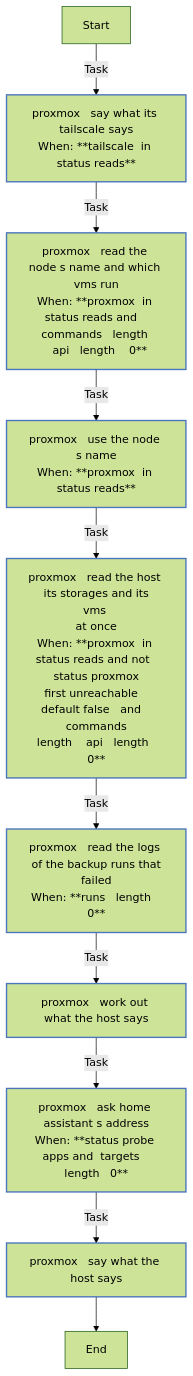
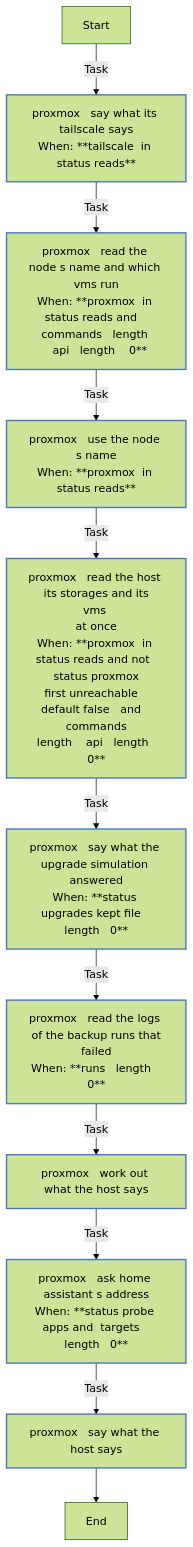
The third of 4 diagrams in roles/status/REFERENCE.md (kawadeomkar/homeserver), drawn with Mermaid (forest theme) before and after one commit. The commit also changed other lines of this file and 15 other files, not shown here.

````diff
--- a/roles/status/REFERENCE.md
+++ b/roles/status/REFERENCE.md
@@ -789,22 +827,23 @@
 ```mermaid
 flowchart TD
 Start
 classDef block stroke:#3498db,stroke-width:2px;
 classDef task stroke:#4b76bb,stroke-width:2px;
 classDef includeTasks stroke:#16a085,stroke-width:2px;
 classDef importTasks stroke:#34495e,stroke-width:2px;
 classDef includeRole stroke:#2980b9,stroke-width:2px;
 classDef importRole stroke:#699ba7,stroke-width:2px;
 classDef includeVars stroke:#8e44ad,stroke-width:2px;
 classDef rescue stroke:#665352,stroke-width:2px;
 
   Start-->|Task| proxmox___Say_what_its_Tailscale_says0[proxmox   say what its tailscale says<br>When: **tailscale  in status reads**]:::task
   proxmox___Say_what_its_Tailscale_says0-->|Task| proxmox___Read_the_node_s_name_and_which_VMs_run1[proxmox   read the node s name and which vms run<br>When: **proxmox  in status reads and   commands   length <br>  api   length    0**]:::task
   proxmox___Read_the_node_s_name_and_which_VMs_run1-->|Task| proxmox___Use_the_node_s_name2[proxmox   use the node s name<br>When: **proxmox  in status reads**]:::task
   proxmox___Use_the_node_s_name2-->|Task| proxmox___Read_the_host__its_storages_and_its_VMs__at_once3[proxmox   read the host  its storages and its vms <br>at once<br>When: **proxmox  in status reads and not  status proxmox<br>first unreachable   default false   and   commands<br>  length    api   length    0**]:::task
-  proxmox___Read_the_host__its_storages_and_its_VMs__at_once3-->|Task| proxmox___Read_the_logs_of_the_backup_runs_that_failed4[proxmox   read the logs of the backup runs that<br>failed<br>When: **runs   length   0**]:::task
-  proxmox___Read_the_logs_of_the_backup_runs_that_failed4-->|Task| proxmox___Work_out_what_the_host_says5[proxmox   work out what the host says]:::task
-  proxmox___Work_out_what_the_host_says5-->|Task| proxmox___Ask_Home_Assistant_s_address6[proxmox   ask home assistant s address<br>When: **status probe apps and  targets   length   0**]:::task
-  proxmox___Ask_Home_Assistant_s_address6-->|Task| proxmox___Say_what_the_host_says7[proxmox   say what the host says]:::task
-  proxmox___Say_what_the_host_says7-->End
+  proxmox___Read_the_host__its_storages_and_its_VMs__at_once3-->|Task| proxmox___Say_what_the_upgrade_simulation_answered4[proxmox   say what the upgrade simulation answered<br>When: **status upgrades kept file   length   0**]:::task
+  proxmox___Say_what_the_upgrade_simulation_answered4-->|Task| proxmox___Read_the_logs_of_the_backup_runs_that_failed5[proxmox   read the logs of the backup runs that<br>failed<br>When: **runs   length   0**]:::task
+  proxmox___Read_the_logs_of_the_backup_runs_that_failed5-->|Task| proxmox___Work_out_what_the_host_says6[proxmox   work out what the host says]:::task
+  proxmox___Work_out_what_the_host_says6-->|Task| proxmox___Ask_Home_Assistant_s_address7[proxmox   ask home assistant s address<br>When: **status probe apps and  targets   length   0**]:::task
+  proxmox___Ask_Home_Assistant_s_address7-->|Task| proxmox___Say_what_the_host_says8[proxmox   say what the host says]:::task
+  proxmox___Say_what_the_host_says8-->End
 ```
````
